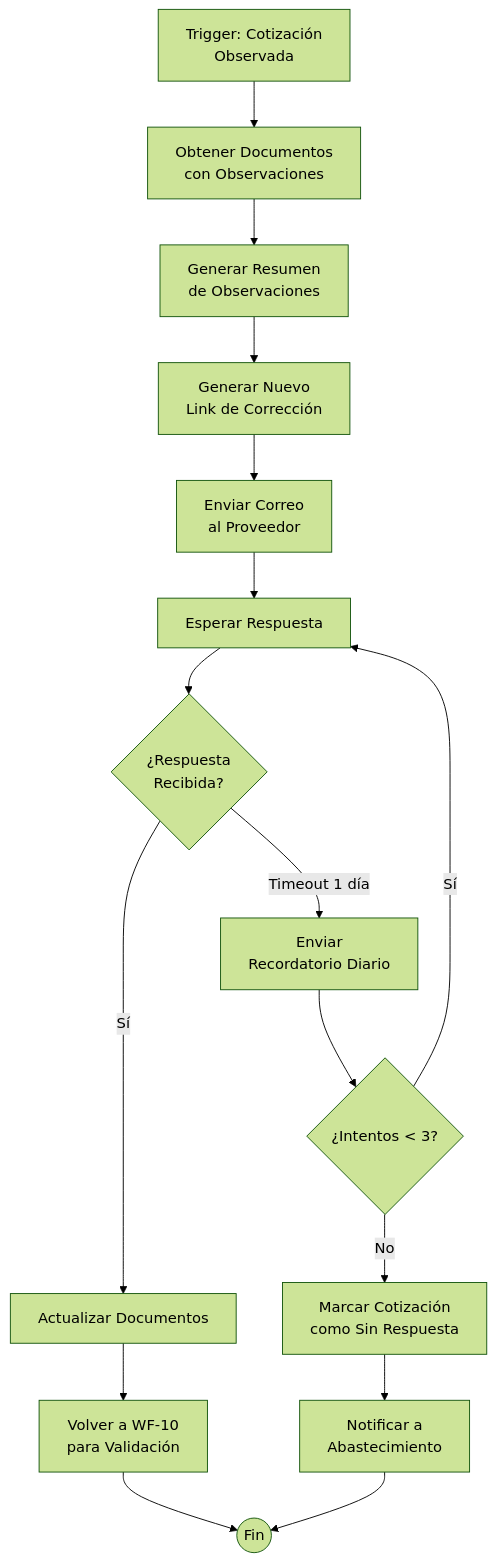
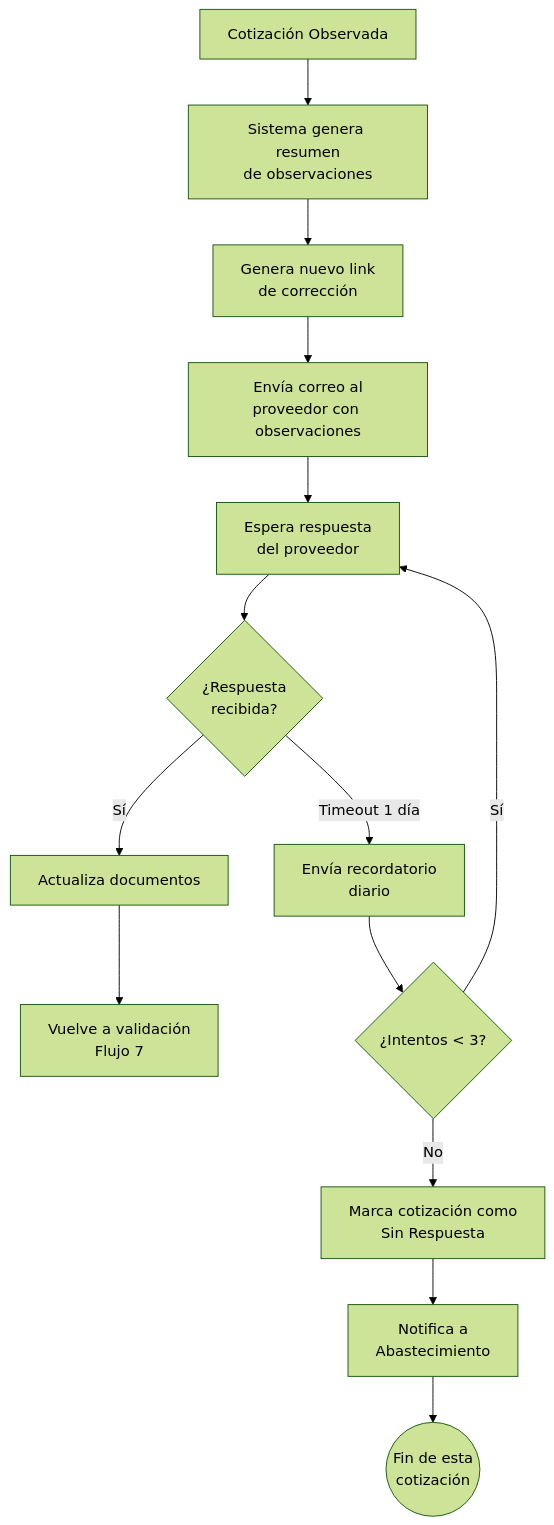
Diagram 12 of 16 in README.md (lfam200/WorkFlow-n8n), drawn with Mermaid (forest theme) before and after one commit. The commit also changed other lines of this file, not shown here.

````diff
--- a/README.md
+++ b/README.md
@@ -1404,23 +476,22 @@
 ```mermaid
 flowchart TD
-    A[Trigger: Cotización<br/>Observada] --> B[Obtener Documentos<br/>con Observaciones]
+    A[Cotización Observada] --> B[Sistema genera resumen<br/>de observaciones]
     
-    B --> C[Generar Resumen<br/>de Observaciones]
-    C --> D[Generar Nuevo<br/>Link de Corrección]
-    D --> E[Enviar Correo<br/>al Proveedor]
+    B --> C[Genera nuevo link<br/>de corrección]
+    C --> D[Envía correo al<br/>proveedor con observaciones]
     
-    E --> F[Esperar Respuesta]
-    F --> G{¿Respuesta<br/>Recibida?}
+    D --> E[Espera respuesta<br/>del proveedor]
     
-    G -->|Sí| H[Actualizar Documentos]
-    H --> I[Volver a WF-10<br/>para Validación]
-    I --> J((Fin))
+    E --> F{¿Respuesta<br/>recibida?}
     
-    G -->|Timeout 1 día| K[Enviar<br/>Recordatorio Diario]
-    K --> L{¿Intentos < 3?}
+    F -->|Sí| G[Actualiza documentos]
+    G --> H[Vuelve a validación<br/>Flujo 7]
     
-    L -->|Sí| F
-    L -->|No| M[Marcar Cotización<br/>como Sin Respuesta]
-    M --> N[Notificar a<br/>Abastecimiento]
-    N --> J
+    F -->|Timeout 1 día| I[Envía recordatorio<br/>diario]
+    I --> J{¿Intentos < 3?}
+    
+    J -->|Sí| E
+    J -->|No| K[Marca cotización como<br/>Sin Respuesta]
+    K --> L[Notifica a<br/>Abastecimiento]
+    L --> M((Fin de esta<br/>cotización))
 ```
````
